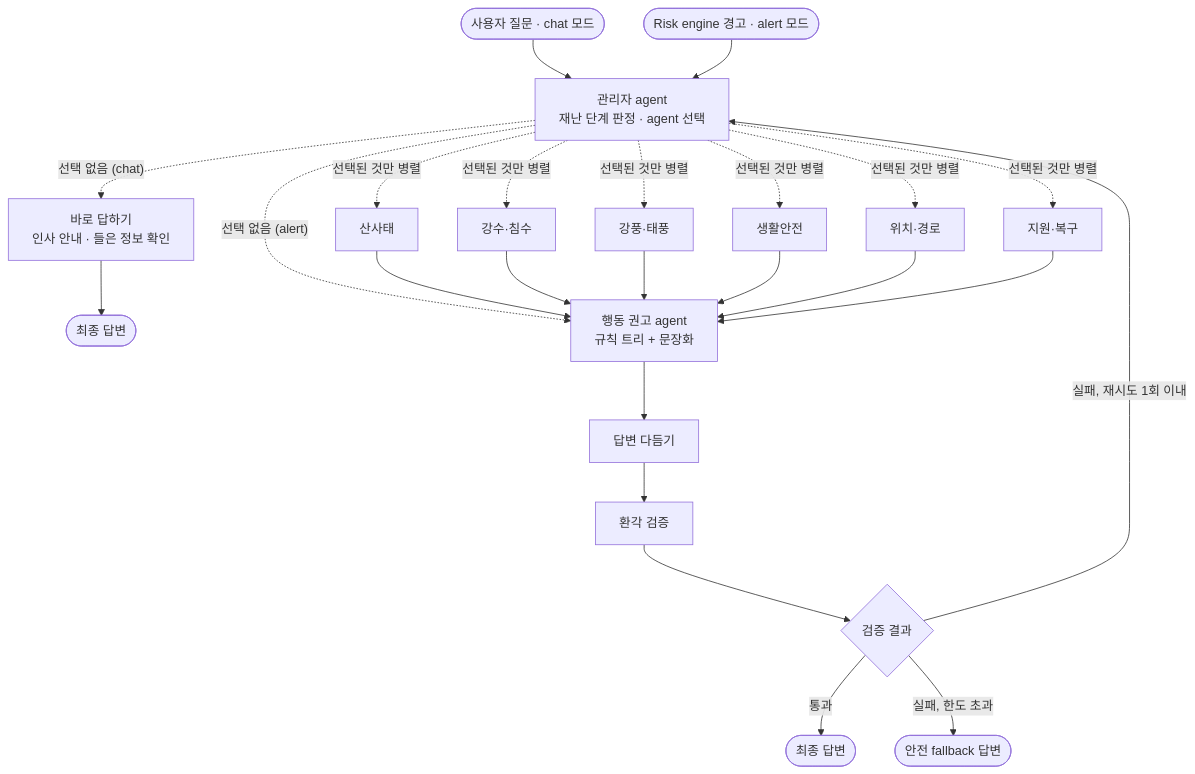
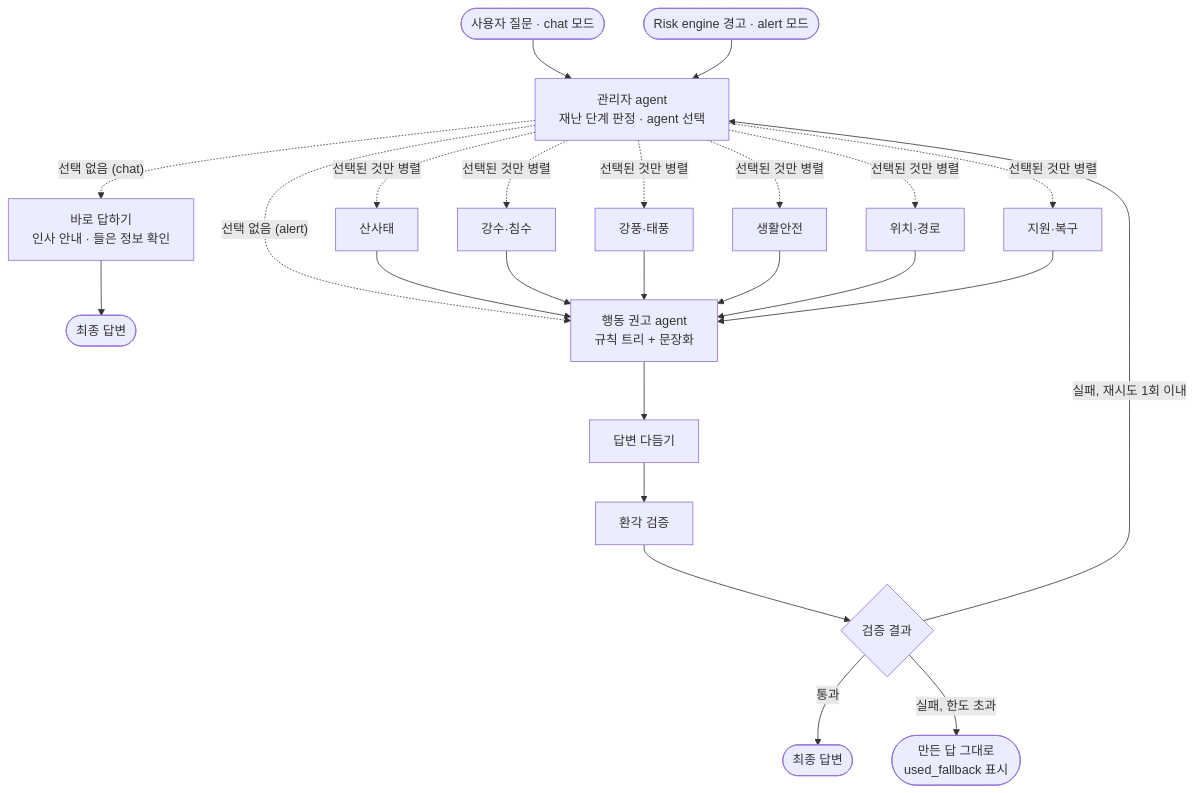
One commit to kimking73/guryongpo-safety-agent changed the first of 2 diagrams in ai/docs/agent-design.md. Above: the diagram before and after it, drawn with Mermaid. The commit also changed other lines of this file and 10 other files, not shown here.

First line of the commit message:
AI: 검증 한도 초과 시 안전 안내 문장 대신 만든 답 그대로 (used_fallback 표시는 유지)

````diff
--- a/ai/docs/agent-design.md
+++ b/ai/docs/agent-design.md
@@ -12,16 +12,16 @@
 ```mermaid
 flowchart TD
     IN([사용자 질문 · chat 모드]) --> M
     EV([Risk engine 경고 · alert 모드]) --> M
     M[관리자 agent<br/>재난 단계 판정 · agent 선택]
     M -. 선택된 것만 병렬 .-> L[산사태] & R[강수·침수] & W[강풍·태풍] & S[생활안전] & P[위치·경로] & RS[지원·복구]
     M -. 선택 없음 (chat) .-> D[바로 답하기<br/>인사 안내 · 들은 정보 확인] --> OUT0([최종 답변])
     M -. 선택 없음 (alert) .-> A
     L & R & W & S & P & RS --> A[행동 권고 agent<br/>규칙 트리 + 문장화]
     A --> PO[답변 다듬기]
     PO --> H[환각 검증]
     H --> G{검증 결과}
     G -- 통과 --> OUT([최종 답변])
     G -- 실패, 재시도 1회 이내 --> M
-    G -- 실패, 한도 초과 --> FB([안전 fallback 답변])
+    G -- 실패, 한도 초과 --> FB([만든 답 그대로<br/>used_fallback 표시])
 ```
````
